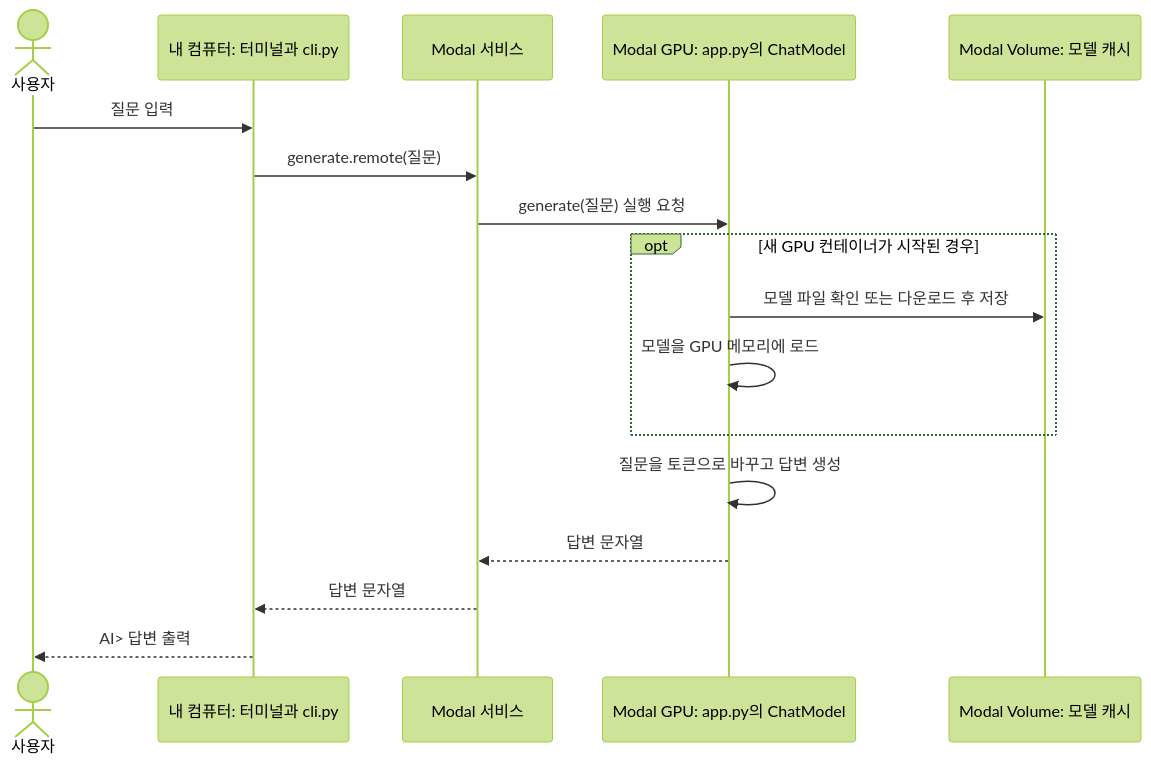
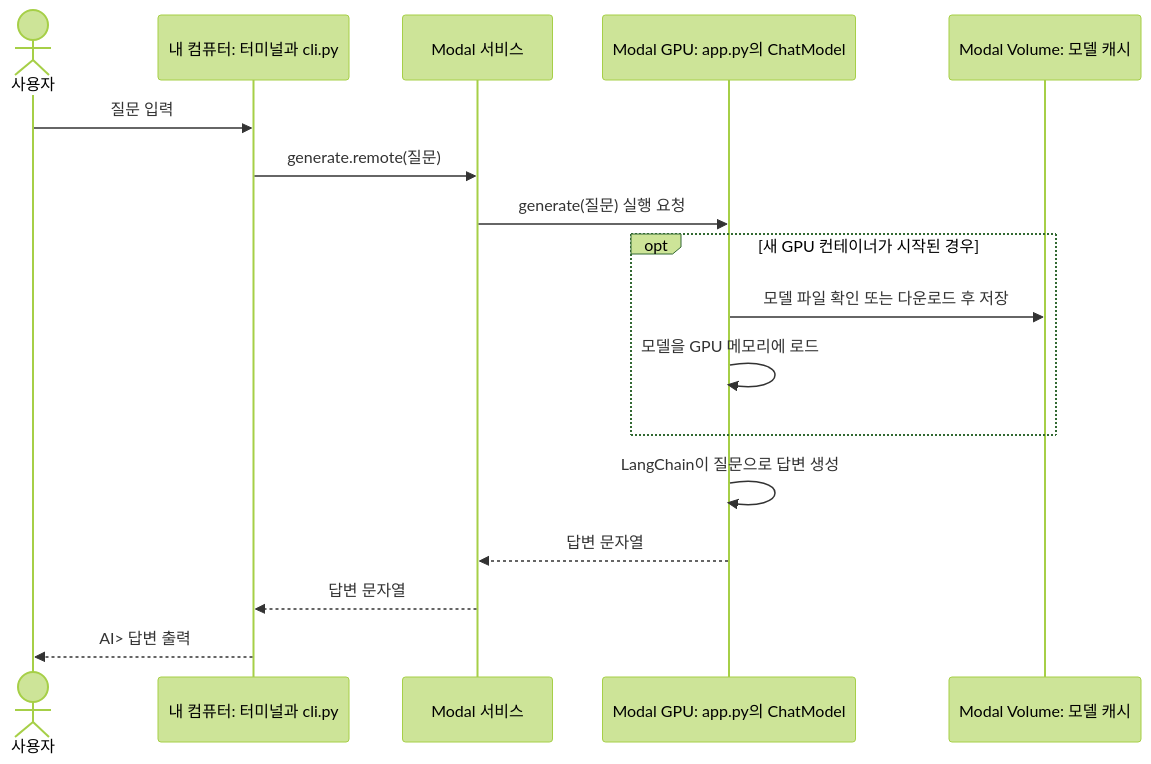
One commit to socratone/ai-example changed the diagram in apps/modal-chat/README.md. Above: the diagram before and after it, drawn with Mermaid (forest theme). The commit also changed other lines of this file and 1 other file, not shown here.

Commit message:
refactor: modal-chat 앱을 LangChain 기반 모델 호출로 변경 및 문서 업데이트

````diff
--- a/apps/modal-chat/README.md
+++ b/apps/modal-chat/README.md
@@ -41,20 +41,20 @@
 ```mermaid
 sequenceDiagram
     actor User as 사용자
     participant CLI as 내 컴퓨터: 터미널과 cli.py
     participant Modal as Modal 서비스
     participant GPU as Modal GPU: app.py의 ChatModel
     participant Cache as Modal Volume: 모델 캐시
 
     User->>CLI: 질문 입력
     CLI->>Modal: generate.remote(질문)
     Modal->>GPU: generate(질문) 실행 요청
     opt 새 GPU 컨테이너가 시작된 경우
         GPU->>Cache: 모델 파일 확인 또는 다운로드 후 저장
         GPU->>GPU: 모델을 GPU 메모리에 로드
     end
-    GPU->>GPU: 질문을 토큰으로 바꾸고 답변 생성
+    GPU->>GPU: LangChain이 질문으로 답변 생성
     GPU-->>Modal: 답변 문자열
     Modal-->>CLI: 답변 문자열
     CLI-->>User: AI> 답변 출력
 ```
````
